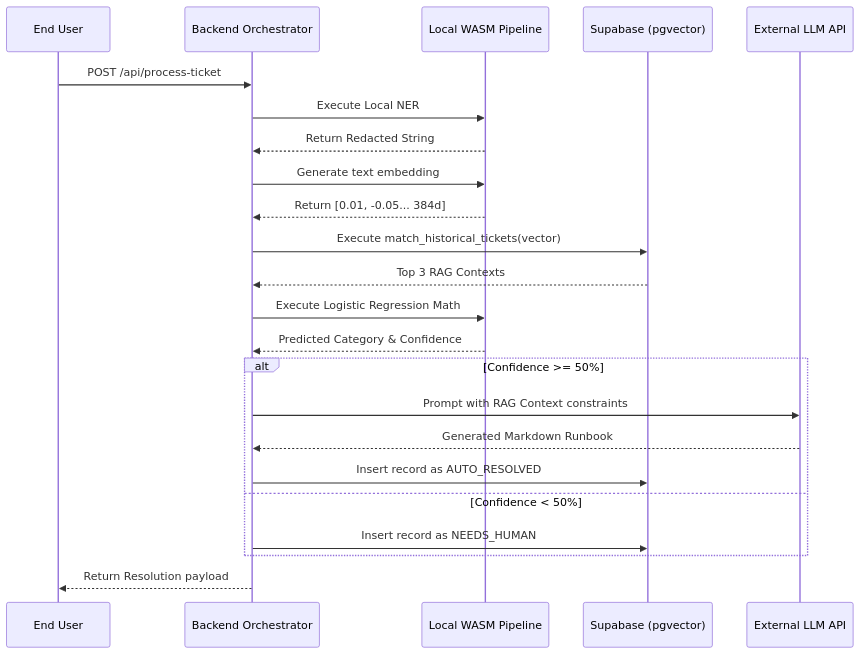
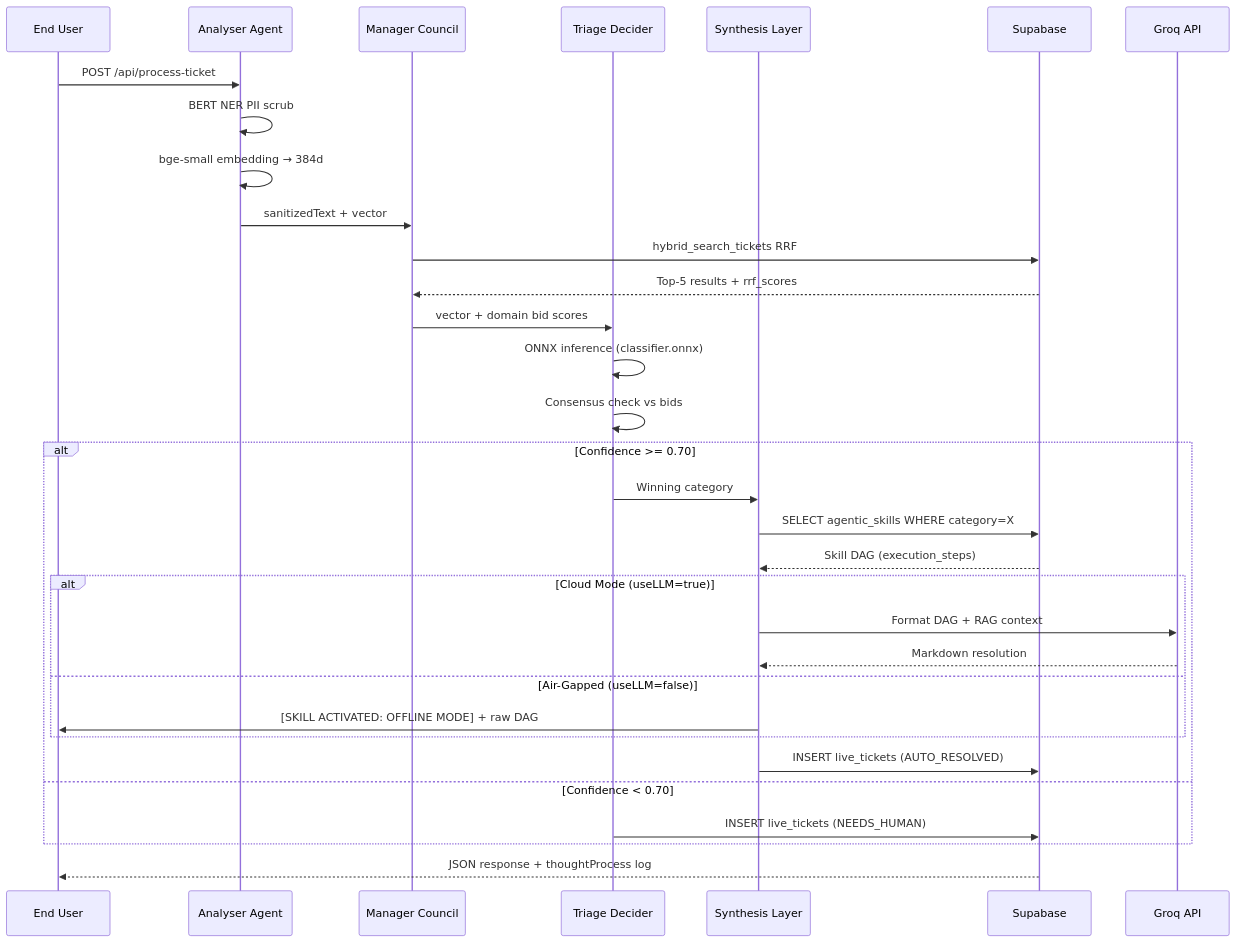
Before and after one commit to trishakapoor/NASSCOM-helpdesk: the third of 4 diagrams in PROJECT_DESCRIPTION.md, drawn with Mermaid. The commit also changed other lines of this file and 17 other files, not shown here.

Commit message:
Final: Multi-Agent Council Implementation & WASM Inference migration

````diff
--- a/PROJECT_DESCRIPTION.md
+++ b/PROJECT_DESCRIPTION.md
@@ -88,26 +133,35 @@
 ```mermaid
 sequenceDiagram
     participant U as End User
-    participant API as Backend Orchestrator
-    participant ML as Local WASM Pipeline
-    participant DB as Supabase (pgvector)
-    participant LLM as External LLM API
-    
-    U->>API: POST /api/process-ticket
-    API->>ML: Execute Local NER
-    ML-->>API: Return Redacted String
-    API->>ML: Generate text embedding
-    ML-->>API: Return [0.01, -0.05... 384d]
-    API->>DB: Execute match_historical_tickets(vector)
-    DB-->>API: Top 3 RAG Contexts
-    API->>ML: Execute Logistic Regression Math
-    ML-->>API: Predicted Category & Confidence
-    alt Confidence >= 50%
-        API->>LLM: Prompt with RAG Context constraints
-        LLM-->>API: Generated Markdown Runbook
-        API->>DB: Insert record as AUTO_RESOLVED
-    else Confidence < 50%
-        API->>DB: Insert record as NEEDS_HUMAN
+    participant AN as Analyser Agent
+    participant MC as Manager Council
+    participant TD as Triage Decider
+    participant SL as Synthesis Layer
+    participant DB as Supabase
+    participant LLM as Groq API
+
+    U->>AN: POST /api/process-ticket
+    AN->>AN: BERT NER PII scrub
+    AN->>AN: bge-small embedding → 384d
+    AN->>MC: sanitizedText + vector
+    MC->>DB: hybrid_search_tickets RRF
+    DB-->>MC: Top-5 results + rrf_scores
+    MC->>TD: vector + domain bid scores
+    TD->>TD: ONNX inference (classifier.onnx)
+    TD->>TD: Consensus check vs bids
+    alt Confidence >= 0.70
+        TD->>SL: Winning category
+        SL->>DB: SELECT agentic_skills WHERE category=X
+        DB-->>SL: Skill DAG (execution_steps)
+        alt Cloud Mode (useLLM=true)
+            SL->>LLM: Format DAG + RAG context
+            LLM-->>SL: Markdown resolution
+        else Air-Gapped (useLLM=false)
+            SL->>U: [SKILL ACTIVATED: OFFLINE MODE] + raw DAG
+        end
+        SL->>DB: INSERT live_tickets (AUTO_RESOLVED)
+    else Confidence < 0.70
+        TD->>DB: INSERT live_tickets (NEEDS_HUMAN)
     end
-    API-->>U: Return Resolution payload
+    DB-->>U: JSON response + thoughtProcess log
 ```
````
